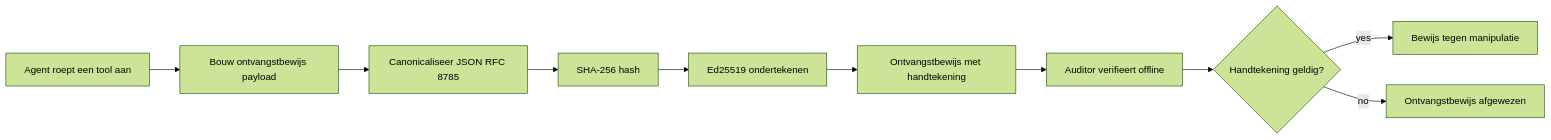
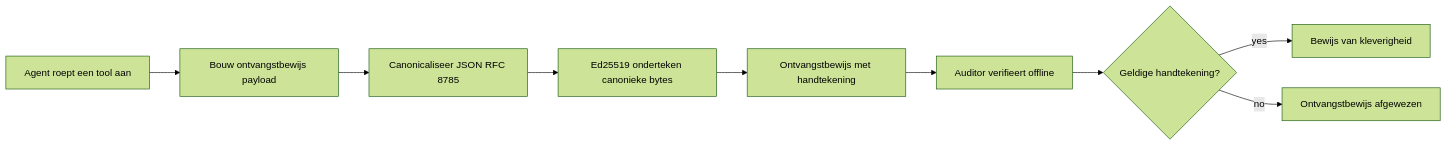
The first of 2 diagrams in mirrors/repos/microsoft@ai-agents-for-beginners/translations/nl/18-securing-ai-agents/README.md (gabrielmoreira/agent-skills-mirror), drawn with Mermaid (forest theme) before and after one commit. The commit also changed other lines of this file and 4262 other files, not shown here.

````diff
--- a/mirrors/repos/microsoft@ai-agents-for-beginners/translations/nl/18-securing-ai-agents/README.md
+++ b/mirrors/repos/microsoft@ai-agents-for-beginners/translations/nl/18-securing-ai-agents/README.md
@@ -51,12 +51,11 @@
 ```mermaid
 flowchart LR
     A[Agent roept een tool aan] --> B[Bouw ontvangstbewijs payload]
     B --> C[Canonicaliseer JSON RFC 8785]
-    C --> D[SHA-256 hash]
-    D --> E[Ed25519 ondertekenen]
+    C --> E[Ed25519 onderteken canonieke bytes]
     E --> F[Ontvangstbewijs met handtekening]
     F --> G[Auditor verifieert offline]
-    G --> H{Handtekening geldig?}
-    H -- yes --> I[Bewijs tegen manipulatie]
+    G --> H{Geldige handtekening?}
+    H -- yes --> I[Bewijs van kleverigheid]
     H -- no --> J[Ontvangstbewijs afgewezen]
 ```
````
